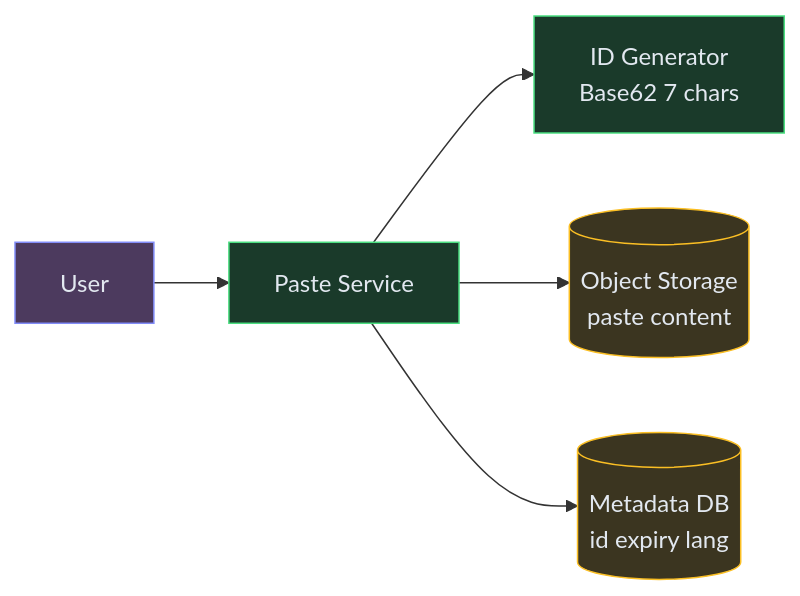
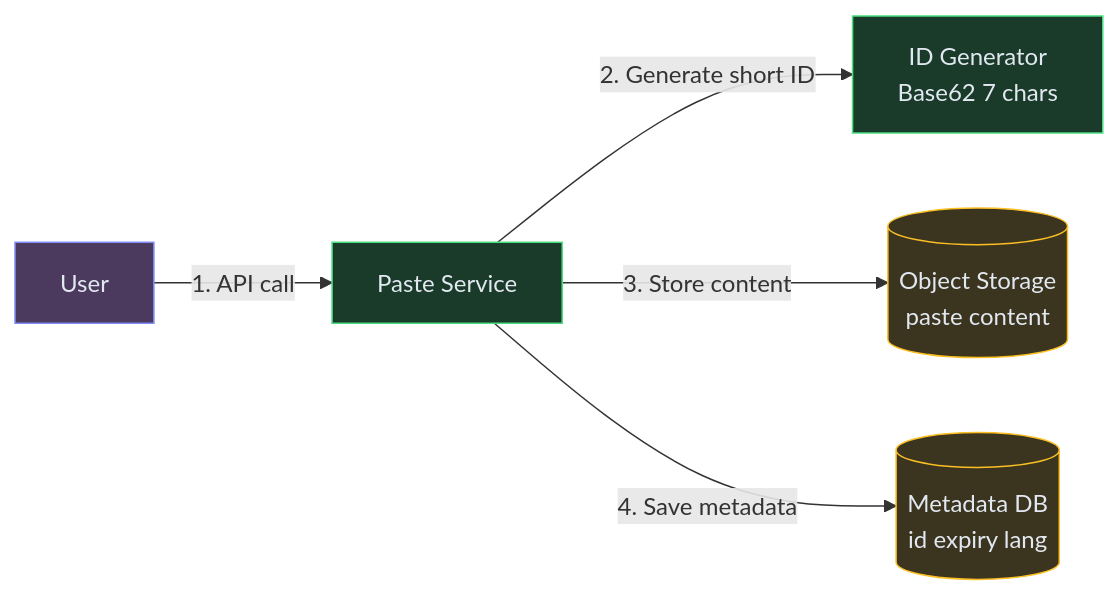
Before and after one commit to iluzn/HLD-Designs: the second of 7 diagrams in content/hld/Pastebin.md, drawn with Mermaid. The commit also changed other lines of this file and 27 other files, not shown here.

````diff
--- a/content/hld/Pastebin.md
+++ b/content/hld/Pastebin.md
@@ -157,17 +157,17 @@
 ```mermaid
 flowchart LR
     USER["User"]:::client
     API["Paste Service"]:::service
     ID["ID Generator<br/>Base62 7 chars"]:::service
     S3[("Object Storage<br/>paste content")]:::data
     META[("Metadata DB<br/>id expiry lang")]:::data
 
-    USER --> API
-    API --> ID
-    API --> S3
-    API --> META
+    USER -->|"1. API call"| API
+    API -->|"2. Generate short ID"| ID
+    API -->|"3. Store content"| S3
+    API -->|"4. Save metadata"| META
 
     classDef client fill:#4c3a5e,stroke:#818cf8,color:#e2e8f0
     classDef service fill:#1a3a2a,stroke:#4ade80,color:#e2e8f0
     classDef data fill:#3b3520,stroke:#fbbf24,color:#e2e8f0
 ```
````
